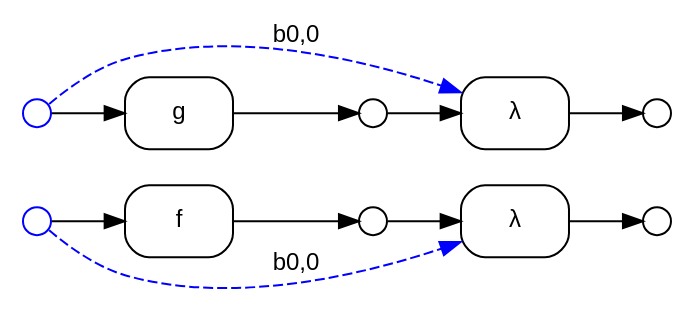
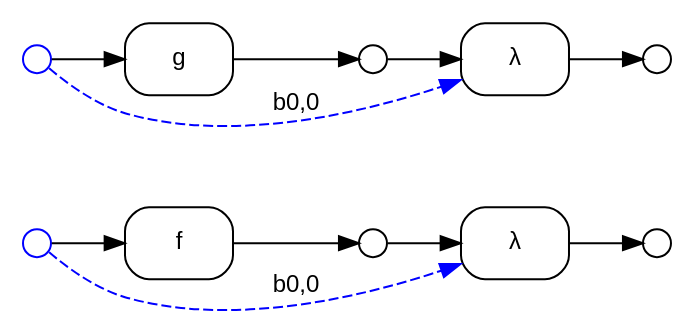
The diagram in safety_safe_sibling_lambdas.dot (ammatsui/bhypvis), drawn with Graphviz before and after one commit. The commit also changed other lines of this file and 828 other files, not shown here.

```diff
--- a/safety_safe_sibling_lambdas.dot
+++ b/safety_safe_sibling_lambdas.dot
@@ -1,35 +1,35 @@
 digraph G {
   fontname="Helvetica"
   fontsize=12
   rankdir=LR;
   node [fontname="Helvetica", fontsize=12];
   edge [fontname="Helvetica", fontsize=12];
 
   // Nodes
+  n4 [label="", shape=circle, style=filled, fillcolor=white, color="black", width=0.2, height=0.2, fixedsize=true];
+  n1 [label="", shape=circle, style=filled, fillcolor=white, color="blue", width=0.2, height=0.2, fixedsize=true];
+  n0 [label="", shape=circle, style=filled, fillcolor=white, color="blue", width=0.2, height=0.2, fixedsize=true];
+  n5 [label="", shape=circle, style=filled, fillcolor=white, color="black", width=0.2, height=0.2, fixedsize=true];
   n2 [label="", shape=circle, style=filled, fillcolor=white, color="black", width=0.2, height=0.2, fixedsize=true];
-  n1 [label="", shape=circle, style=filled, fillcolor=white, color="blue", width=0.2, height=0.2, fixedsize=true];
   n3 [label="", shape=circle, style=filled, fillcolor=white, color="black", width=0.2, height=0.2, fixedsize=true];
-  n0 [label="", shape=circle, style=filled, fillcolor=white, color="blue", width=0.2, height=0.2, fixedsize=true];
-  n4 [label="", shape=circle, style=filled, fillcolor=white, color="black", width=0.2, height=0.2, fixedsize=true];
-  n5 [label="", shape=circle, style=filled, fillcolor=white, color="black", width=0.2, height=0.2, fixedsize=true];
 
   // Hyperedges
+  e1 [label="g", shape=box, style=rounded, color="black"];
   e3 [label="λ", shape=box, style=rounded, color="black"];
   e0 [label="f", shape=box, style=rounded, color="black"];
-  e1 [label="g", shape=box, style=rounded, color="black"];
   e2 [label="λ", shape=box, style=rounded, color="black"];
 
   // Source connections
+  n1 -> e1 [label=""];
   n3 -> e3 [label=""];
   n1 -> e3 [style=dashed, color="blue", constraint=false, label="b0,0"];
   n0 -> e0 [label=""];
-  n1 -> e1 [label=""];
   n2 -> e2 [label=""];
   n0 -> e2 [style=dashed, color="blue", constraint=false, label="b0,0"];
 
   // Target connections
+  e1 -> n3 [label=""];
   e3 -> n5 [label=""];
   e0 -> n2 [label=""];
-  e1 -> n3 [label=""];
   e2 -> n4 [label=""];
 }
```
